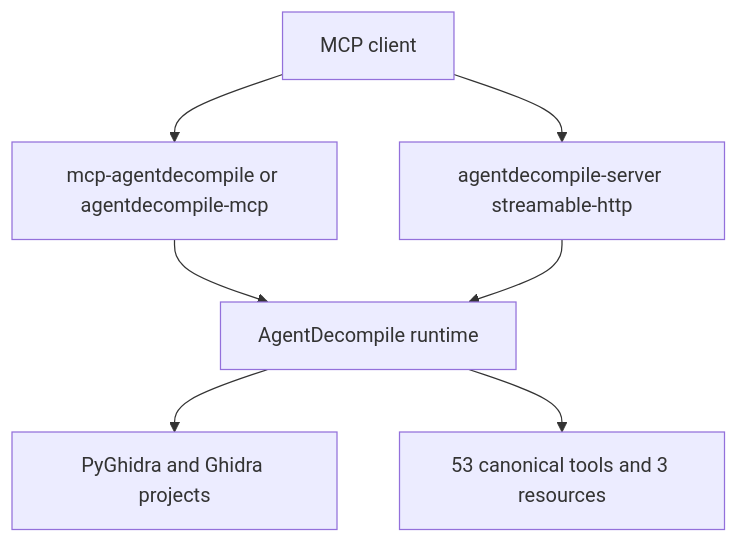
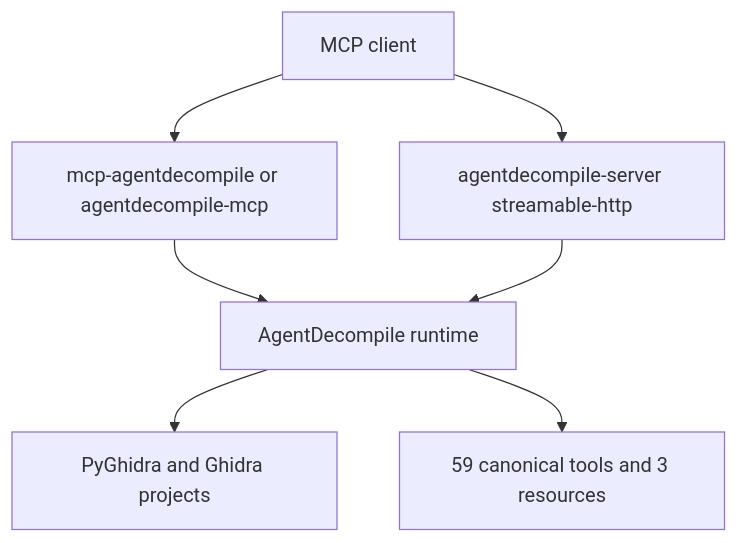
One commit to bolabaden/AgentDecompile changed the first of 3 diagrams in README.md. Above: the diagram before and after it, drawn with Mermaid. The commit also changed other lines of this file and 9 other files, not shown here.

````diff
--- a/README.md
+++ b/README.md
@@ -9,9 +9,9 @@
 ```mermaid
 flowchart TD
   A[MCP client] --> B[mcp-agentdecompile or agentdecompile-mcp]
   A --> C[agentdecompile-server streamable-http]
   B --> D[AgentDecompile runtime]
   C --> D
   D --> E[PyGhidra and Ghidra projects]
-  D --> F[53 canonical tools and 3 resources]
+  D --> F[59 canonical tools and 3 resources]
 ```
````
